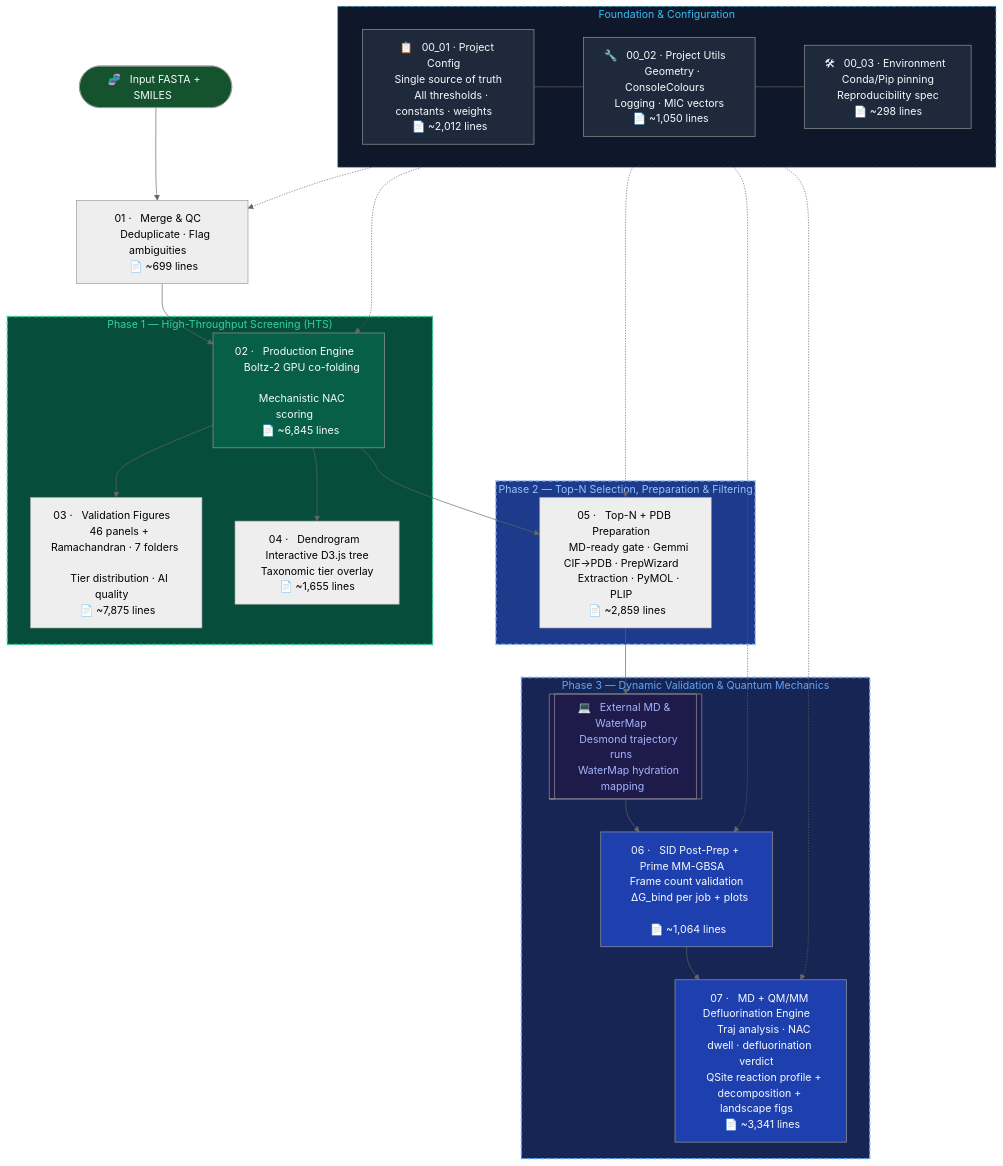
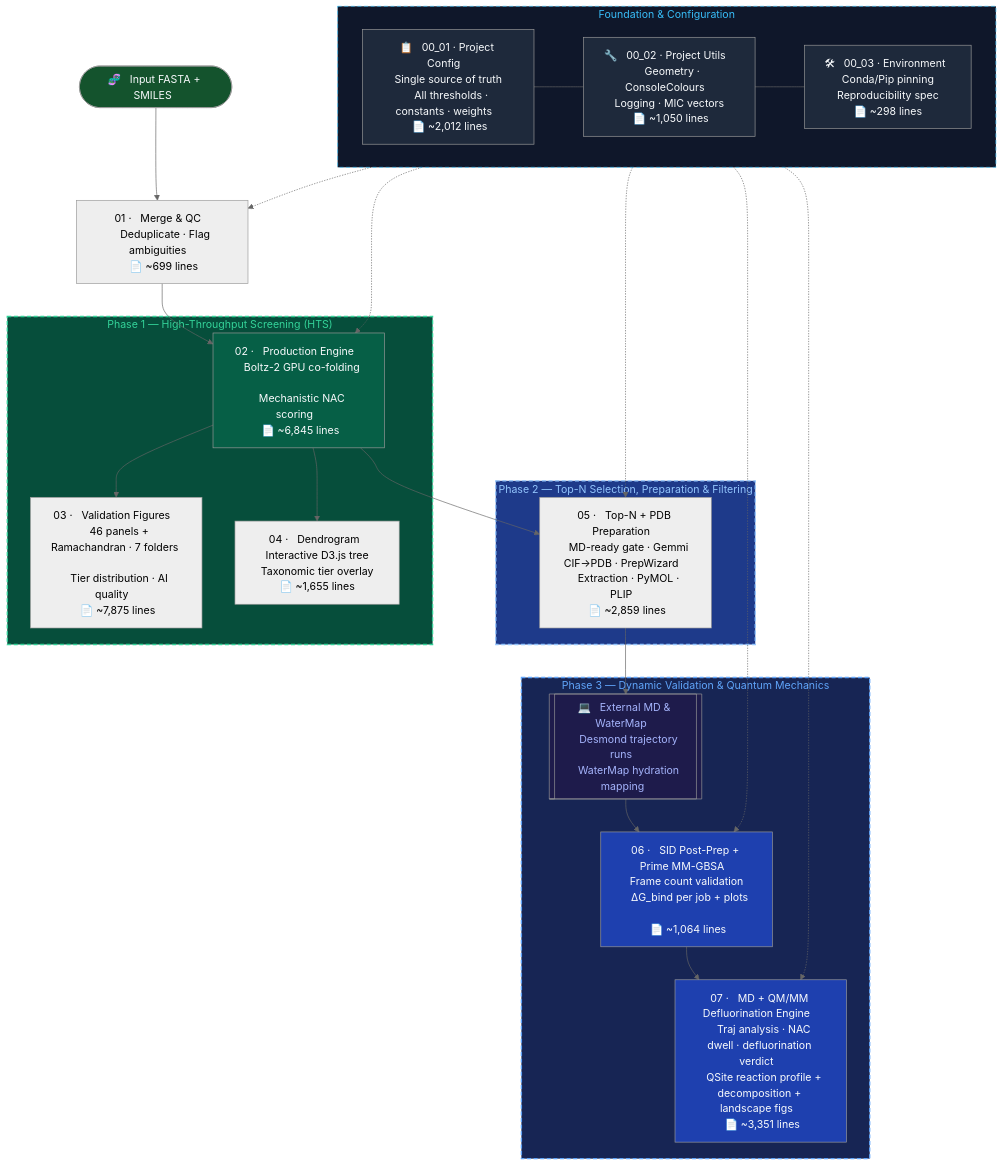
One commit to KU-MGB/DeFluorX changed the diagram in README.md. Above: the diagram before and after it, drawn with Mermaid (neutral theme). The commit also changed 1 other file, not shown here.

Commit message:
docs(07): add §8b (NAC persistence) + §8c (per-job engine) subsection banners
Gives the dwell helper and the per-job analysis engine their own subsection
banners under §8, matching the 5b/7b style so no module-level block is unlabelled.

````diff
--- a/README.md
+++ b/README.md
@@ -189,56 +189,56 @@
 ```mermaid
 flowchart TD
     subgraph FOUNDATION["  Foundation & Configuration  "]
         CFG["📋 &nbsp; 00_01 · Project Config &nbsp; \n &nbsp; Single source of truth &nbsp; \n &nbsp; All thresholds · constants · weights &nbsp; \n &nbsp; 📄 ~2,012 lines &nbsp; "]
         UTL["🔧 &nbsp; 00_02 · Project Utils &nbsp; \n &nbsp; Geometry · ConsoleColours &nbsp; \n &nbsp; Logging · MIC vectors &nbsp; \n &nbsp; 📄 ~1,050 lines &nbsp; "]
         ENV["🛠 &nbsp; 00_03 · Environment &nbsp; \n &nbsp; Conda/Pip pinning &nbsp; \n &nbsp; Reproducibility spec &nbsp; \n &nbsp; 📄 ~298 lines &nbsp; "]
         CFG --- UTL --- ENV
     end
 
     START([🧬 &nbsp; Input FASTA + SMILES &nbsp;]) --> M1
     M1["01 · &nbsp; Merge & QC &nbsp; \n &nbsp; Deduplicate · Flag ambiguities &nbsp; \n &nbsp; 📄 ~699 lines &nbsp; "] --> M2
 
     subgraph PHASE1["  Phase 1 — High-Throughput Screening (HTS)  "]
         M2["02 · &nbsp; Production Engine &nbsp; \n &nbsp; Boltz-2 GPU co-folding &nbsp; \n &nbsp; Mechanistic NAC scoring &nbsp; \n &nbsp; 📄 ~6,845 lines &nbsp; "]
         M3["03 · &nbsp; Validation Figures &nbsp; \n &nbsp; 46 panels + Ramachandran · 7 folders &nbsp; \n &nbsp; Tier distribution · AI quality &nbsp; \n &nbsp; 📄 ~7,875 lines &nbsp; "]
         M4["04 · &nbsp; Dendrogram &nbsp; \n &nbsp; Interactive D3.js tree &nbsp; \n &nbsp; Taxonomic tier overlay &nbsp; \n &nbsp; 📄 ~1,655 lines &nbsp; "]
         M2 --> M3
         M2 --> M4
     end
 
     M2 --> M5
 
     subgraph PHASE2["  Phase 2 — Top-N Selection, Preparation & Filtering  "]
         M5["05 · &nbsp; Top-N + PDB Preparation &nbsp; \n &nbsp; MD-ready gate · Gemmi CIF→PDB · PrepWizard &nbsp; \n &nbsp; Extraction · PyMOL · PLIP &nbsp; \n &nbsp; 📄 ~2,859 lines &nbsp; "]
     end
 
     M5 --> EXT_MD
 
     subgraph PHASE3["  Phase 3 — Dynamic Validation & Quantum Mechanics  "]
         EXT_MD[["💻 &nbsp; External MD & WaterMap &nbsp; \n &nbsp; Desmond trajectory runs &nbsp; \n &nbsp; WaterMap hydration mapping &nbsp;"]]
         M6["06 · &nbsp; SID Post-Prep + Prime MM-GBSA &nbsp; \n &nbsp; Frame count validation &nbsp; \n &nbsp; ΔG_bind per job + plots &nbsp; \n &nbsp; 📄 ~1,064 lines &nbsp; "]
-        M7["07 · &nbsp; MD + QM/MM Defluorination Engine &nbsp; \n &nbsp; Traj analysis · NAC dwell · defluorination verdict &nbsp; \n &nbsp; QSite reaction profile + decomposition + landscape figs &nbsp; \n &nbsp; 📄 ~3,341 lines &nbsp; "]
+        M7["07 · &nbsp; MD + QM/MM Defluorination Engine &nbsp; \n &nbsp; Traj analysis · NAC dwell · defluorination verdict &nbsp; \n &nbsp; QSite reaction profile + decomposition + landscape figs &nbsp; \n &nbsp; 📄 ~3,351 lines &nbsp; "]
         EXT_MD --> M6 --> M7
     end
 
     %% Dependencies
     FOUNDATION -.-> M1
     FOUNDATION -.-> M2
     FOUNDATION -.-> M5
     FOUNDATION -.-> M6
     FOUNDATION -.-> M7
 
     style FOUNDATION fill:#0f172a,color:#38bdf8,stroke:#38bdf8
     style CFG fill:#1e293b,color:#f8fafc
     style UTL fill:#1e293b,color:#f8fafc
     style ENV fill:#1e293b,color:#f8fafc
     style PHASE1 fill:#064e3b,color:#34d399,stroke:#34d399,stroke-width:2px,stroke-dasharray: 6 4
     style PHASE2 fill:#1e3a8a,color:#93c5fd,stroke:#93c5fd,stroke-width:2px,stroke-dasharray: 6 4
     style PHASE3 fill:#172554,color:#60a5fa,stroke:#60a5fa,stroke-width:2px,stroke-dasharray: 6 4
     style FOUNDATION stroke-dasharray: 6 4
     style M2 fill:#065f46,color:#f8fafc
     style M6 fill:#1e40af,color:#f8fafc
     style M7 fill:#1e40af,color:#f8fafc
     style START fill:#14532d,color:#f8fafc
     style EXT_MD fill:#1e1b4b,color:#a5b4fc
 ```
````
